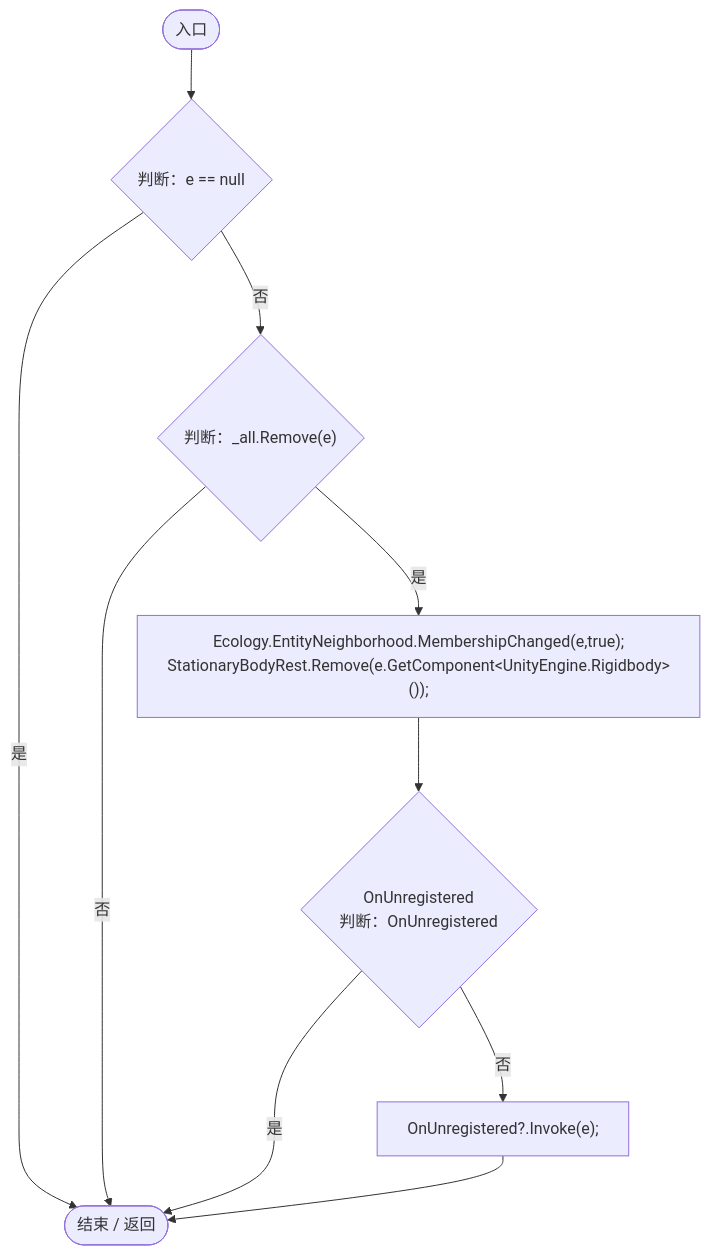
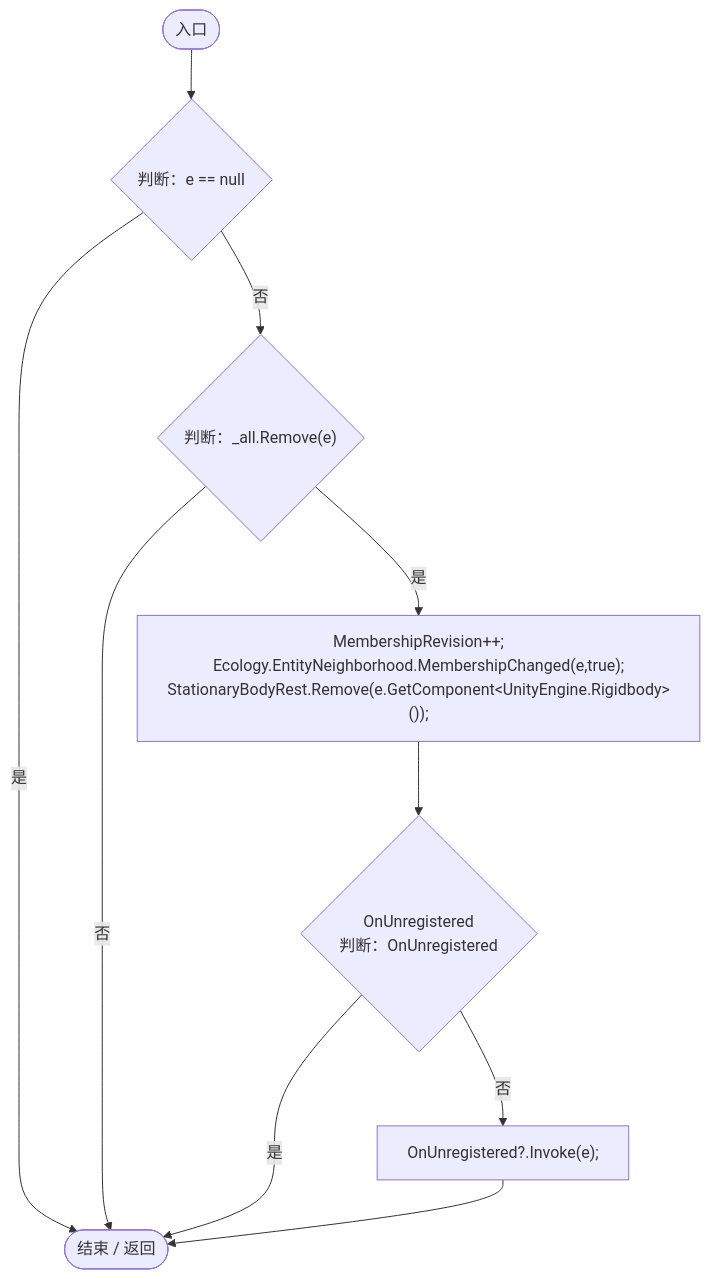
The fifth of 6 diagrams in Docs/运行流程图/脚本/2093aaf08559c9f2.md (xhs6666/Darwin_paradise), drawn with Mermaid before and after one commit. The commit also changed other lines of this file and 167 other files, not shown here.

````diff
--- a/Docs/运行流程图/脚本/2093aaf08559c9f2.md
+++ b/Docs/运行流程图/脚本/2093aaf08559c9f2.md
@@ -74,20 +116,20 @@
 ```mermaid
 flowchart TD
   b0(["入口"])
   b1{"判断：e == null"}
   b2{"判断：_all.Remove(e)"}
-  b3["Ecology.EntityNeighborhood.MembershipChanged(e,true);<br/>StationaryBodyRest.Remove(e.GetComponent&lt;UnityEngine.Rigidbody&gt;());"]
+  b3["MembershipRevision++;<br/>Ecology.EntityNeighborhood.MembershipChanged(e,true);<br/>StationaryBodyRest.Remove(e.GetComponent&lt;UnityEngine.Rigidbody&gt;());"]
   b4{"OnUnregistered<br/>判断：OnUnregistered"}
   b5["OnUnregistered?.Invoke(e);"]
   b6(["结束 / 返回"])
   b0 --> b1
   b1 -->|"否"| b2
   b1 -->|"是"| b6
   b2 -->|"否"| b6
   b2 -->|"是"| b3
   b3 --> b4
   b4 -->|"否"| b5
   b4 -->|"是"| b6
   b5 --> b6
 
 ```
````
